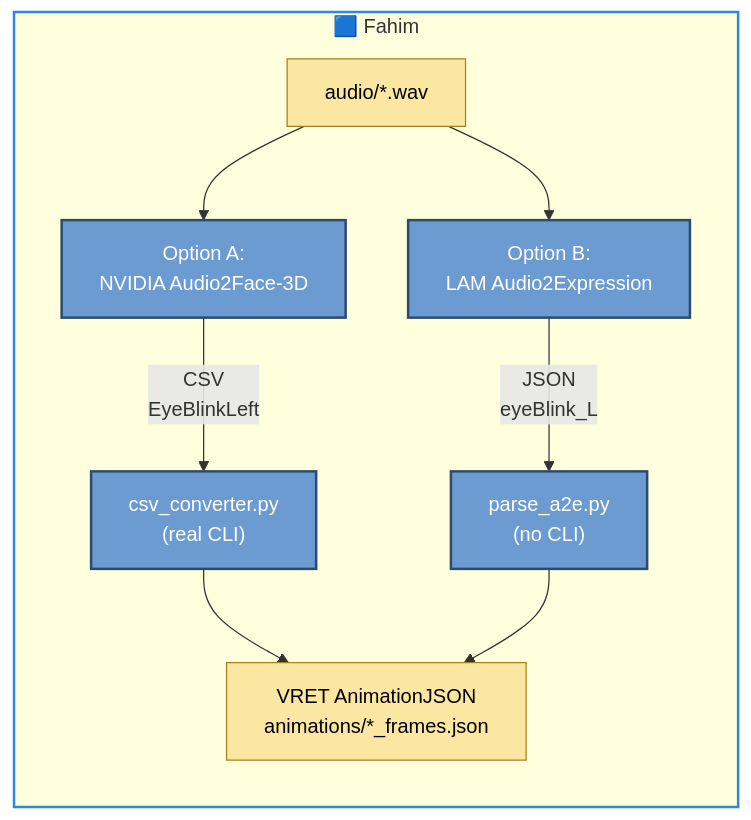
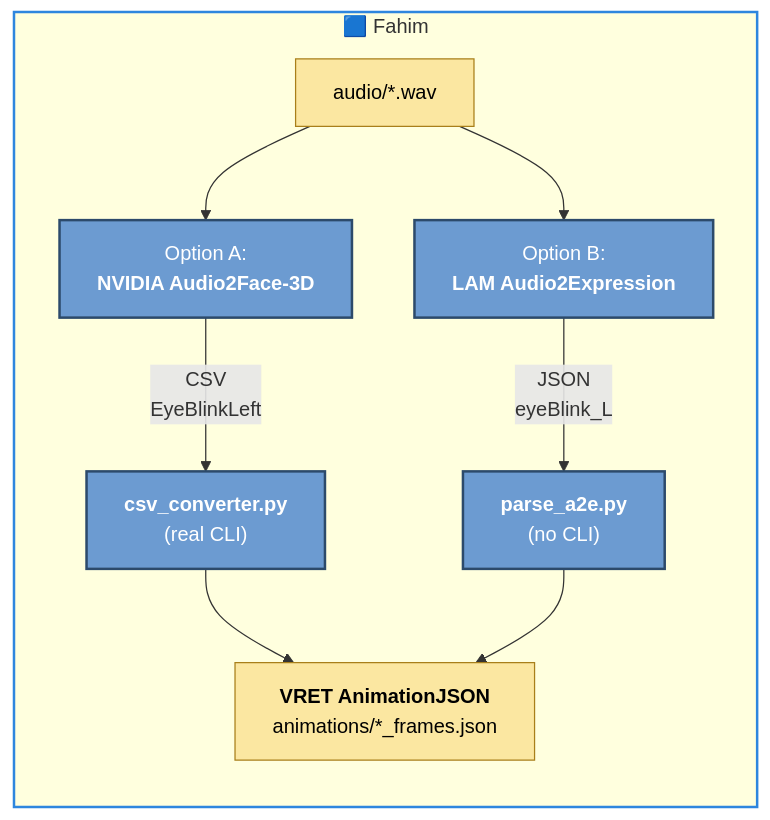
One commit to SBU-VRET/VRET-Project changed the fifth of 8 diagrams in docs/TECH_PIPELINE.md. Above: the diagram before and after it, drawn with Mermaid. The commit also changed other lines of this file and 7 other files, not shown here.

````diff
--- a/docs/TECH_PIPELINE.md
+++ b/docs/TECH_PIPELINE.md
@@ -158,15 +161,15 @@
 ```mermaid
 flowchart LR
     subgraph S4["🟦 Fahim"]
-    WAV["audio/*.wav"] --> A2F["Option A:<br/>NVIDIA Audio2Face-3D"] -->|"CSV<br/>EyeBlinkLeft"| CSVConv["csv_converter.py<br/>(real CLI)"]
-    WAV --> LAM["Option B:<br/>LAM Audio2Expression"] -->|"JSON<br/>eyeBlink_L"| ParseA2E["parse_a2e.py<br/>(no CLI)"]
-    CSVConv --> RuntimeJSON["VRET AnimationJSON<br/>animations/*_frames.json"]
+    WAV["audio/*.wav"] --> A2F["Option A:<br/><b>NVIDIA Audio2Face-3D</b>"] -->|"CSV<br/>EyeBlinkLeft"| CSVConv["<b>csv_converter.py</b><br/>(real CLI)"]
+    WAV --> LAM["Option B:<br/><b>LAM Audio2Expression</b>"] -->|"JSON<br/>eyeBlink_L"| ParseA2E["<b>parse_a2e.py</b><br/>(no CLI)"]
+    CSVConv --> RuntimeJSON["<b>VRET AnimationJSON</b><br/>animations/*_frames.json"]
     ParseA2E --> RuntimeJSON
     end
 
     style S4 stroke:#2E86DE,stroke-width:2px
     classDef tool fill:#6c9bd1,stroke:#2c4a6b,stroke-width:2px,color:#fff;
     classDef artifact fill:#fbe7a1,stroke:#a87f1a,stroke-width:1px,color:#000;
     class A2F,LAM,CSVConv,ParseA2E tool
     class WAV,RuntimeJSON artifact
 ```
````
